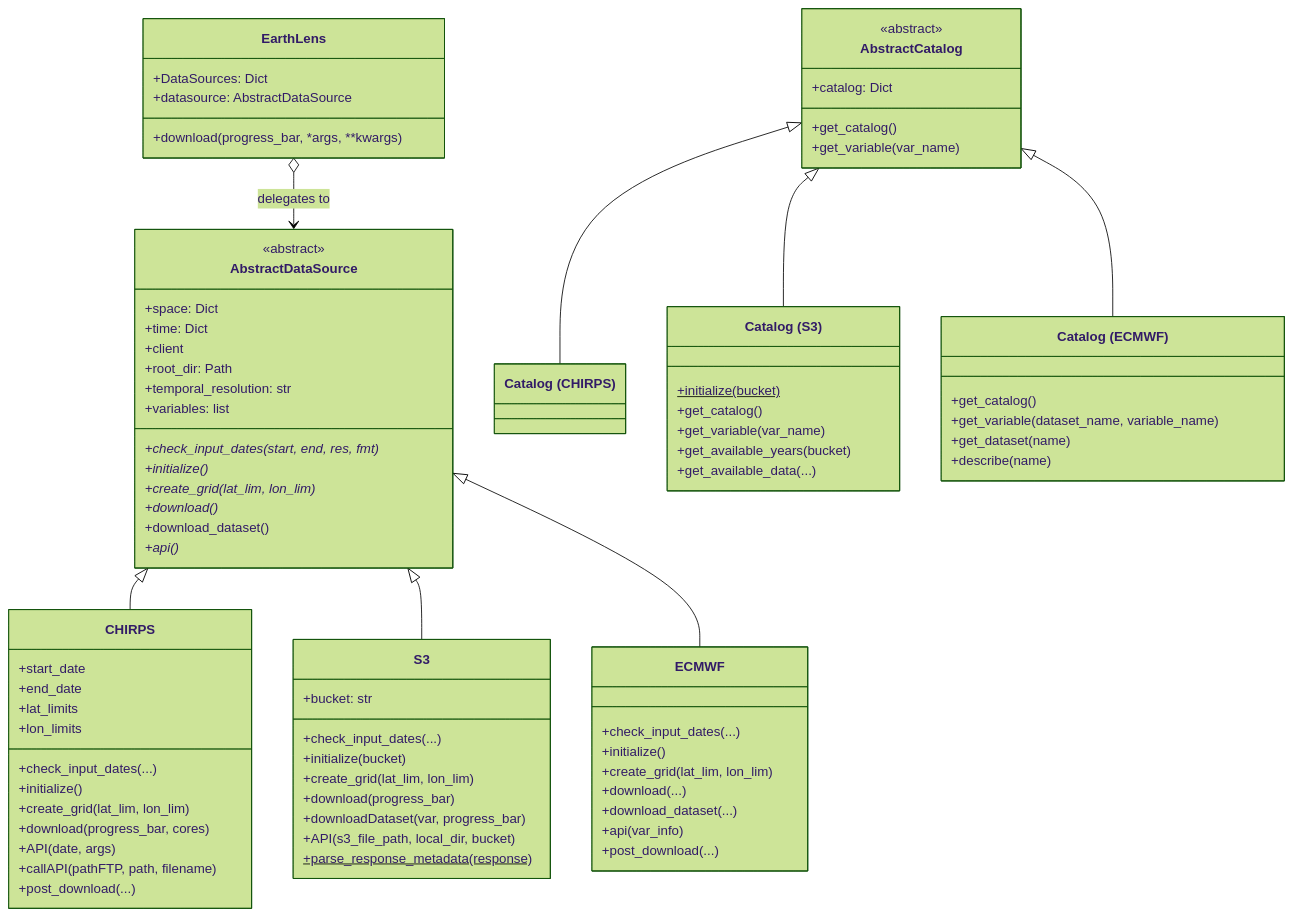
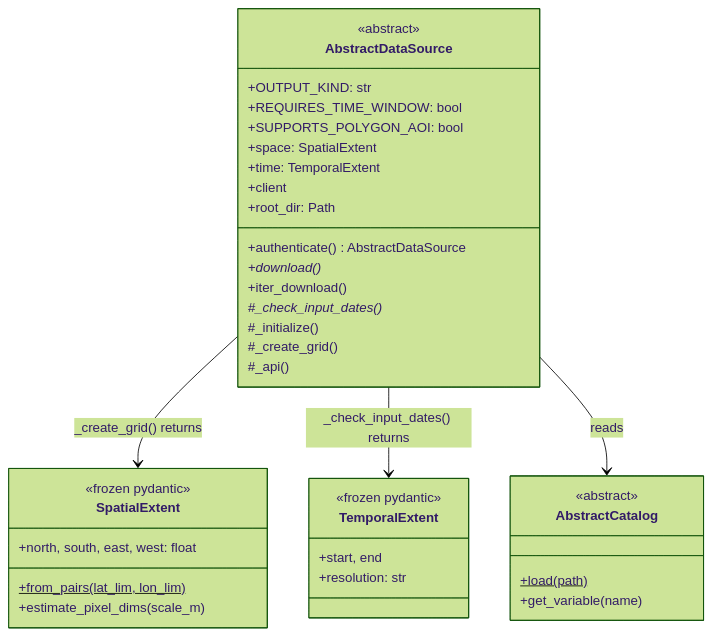
The third of 5 diagrams in docs/overview/architecture.md (serapeum-org/earthlens), drawn with Mermaid (forest theme) before and after one commit. The commit also changed other lines of this file and 138 other files, not shown here.

````diff
--- a/docs/overview/architecture.md
+++ b/docs/overview/architecture.md
@@ -29,87 +74,42 @@
 classDiagram
     class AbstractDataSource {
         <<abstract>>
-        +space: Dict
-        +time: Dict
+        +OUTPUT_KIND: str
+        +REQUIRES_TIME_WINDOW: bool
+        +SUPPORTS_POLYGON_AOI: bool
+        +space: SpatialExtent
+        +time: TemporalExtent
         +client
         +root_dir: Path
-        +temporal_resolution: str
-        +variables: list
-        +check_input_dates(start, end, res, fmt)*
-        +initialize()*
-        +create_grid(lat_lim, lon_lim)*
+        +authenticate() AbstractDataSource
         +download()*
-        +download_dataset()
-        +api()*
+        +iter_download()
+        #_check_input_dates()*
+        #_initialize()
+        #_create_grid()
+        #_api()
+    }
+
+    class SpatialExtent {
+        <<frozen pydantic>>
+        +north, south, east, west: float
+        +from_pairs(lat_lim, lon_lim)$
+        +estimate_pixel_dims(scale_m)
+    }
+
+    class TemporalExtent {
+        <<frozen pydantic>>
+        +start, end
+        +resolution: str
     }
 
     class AbstractCatalog {
         <<abstract>>
-        +catalog: Dict
-        +get_catalog()
-        +get_variable(var_name)
+        +load(path)$
+        +get_variable(name)
     }
 
-    class CHIRPS {
-        +start_date
-        +end_date
-        +lat_limits
-        +lon_limits
-        +check_input_dates(...)
-        +initialize()
-        +create_grid(lat_lim, lon_lim)
-        +download(progress_bar, cores)
-        +API(date, args)
-        +callAPI(pathFTP, path, filename)
-        +post_download(...)
-    }
-
-    class S3 {
-        +bucket: str
-        +check_input_dates(...)
-        +initialize(bucket)
-        +create_grid(lat_lim, lon_lim)
-        +download(progress_bar)
-        +downloadDataset(var, progress_bar)
-        +API(s3_file_path, local_dir, bucket)
-        +parse_response_metadata(response)$
-    }
-
-    class ECMWF {
-        +check_input_dates(...)
-        +initialize()
-        +create_grid(lat_lim, lon_lim)
-        +download(...)
-        +download_dataset(...)
-        +api(var_info)
-        +post_download(...)
-    }
-
-    class EarthLens {
-        +DataSources: Dict
-        +datasource: AbstractDataSource
-        +download(progress_bar, *args, **kwargs)
-    }
-
-    AbstractDataSource <|-- CHIRPS
-    AbstractDataSource <|-- S3
-    AbstractDataSource <|-- ECMWF
-    EarthLens o--> AbstractDataSource : delegates to
-    AbstractCatalog <|-- CHIRPS_Catalog
-    AbstractCatalog <|-- S3_Catalog
-    AbstractCatalog <|-- ECMWF_Catalog
-    class CHIRPS_Catalog["Catalog (CHIRPS)"]
-    class S3_Catalog["Catalog (S3)"] {
-        +initialize(bucket)$
-        +get_catalog()
-        +get_variable(var_name)
-        +get_available_years(bucket)
-        +get_available_data(...)
-    }
-    class ECMWF_Catalog["Catalog (ECMWF)"] {
-        +get_catalog()
-        +get_variable(dataset_name, variable_name)
-        +get_dataset(name)
-        +describe(name)
-    }
+    AbstractDataSource --> SpatialExtent : _create_grid() returns
+    AbstractDataSource --> TemporalExtent : _check_input_dates() returns
+    AbstractDataSource --> AbstractCatalog : reads
 ```
````
